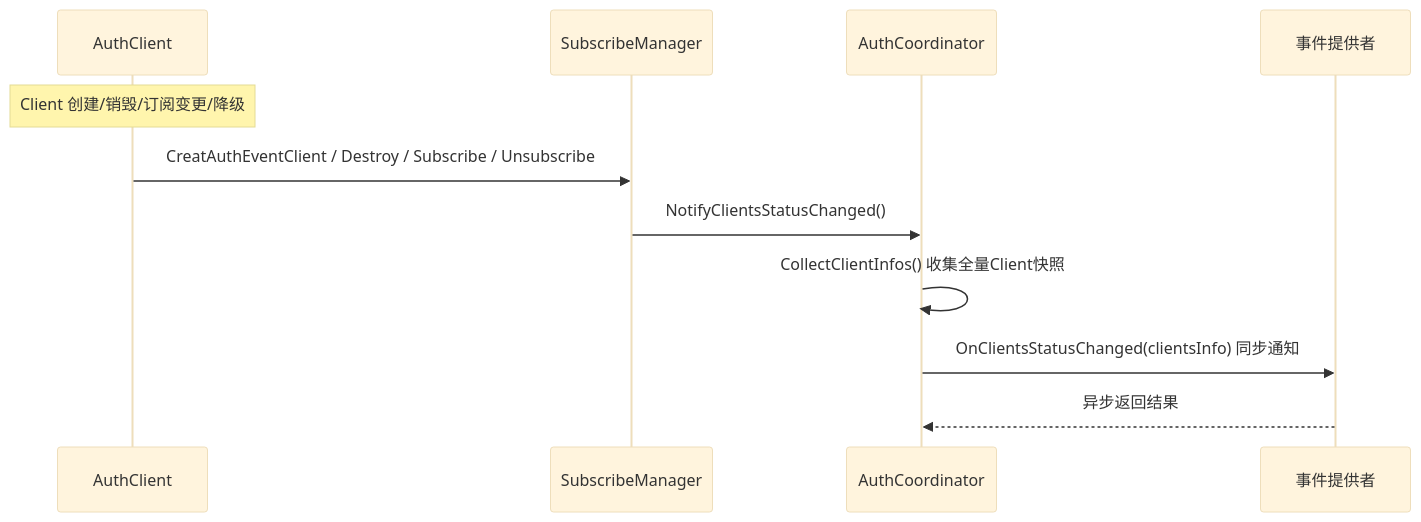
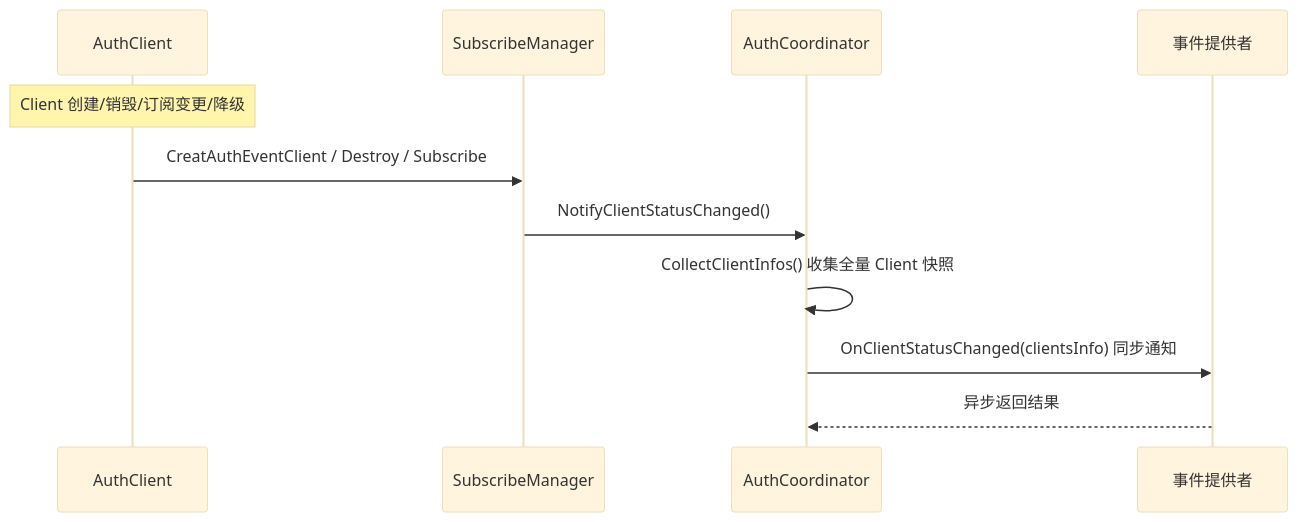
The ninth of 10 diagrams in .sdd/SR-20260806903302/design-doc.md (eclipse-oniro-mirrors/security_security_guard), drawn with Mermaid (base theme) before and after one commit. The commit also changed other lines of this file and 50 other files, not shown here.

````diff
--- a/.sdd/SR-20260806903302/design-doc.md
+++ b/.sdd/SR-20260806903302/design-doc.md
@@ -327,16 +367,16 @@
 ```mermaid
 sequenceDiagram
     participant C as AuthClient
     participant SM as SubscribeManager
     participant AC as AuthCoordinator
     participant P as 事件提供者
 
     Note over C: Client 创建/销毁/订阅变更/降级
 
-    C->>SM: CreatAuthEventClient / Destroy / Subscribe / Unsubscribe
-    SM->>AC: NotifyClientsStatusChanged()
-    AC->>AC: CollectClientInfos() 收集全量Client快照
+    C->>SM: CreatAuthEventClient / Destroy / Subscribe
+    SM->>AC: NotifyClientStatusChanged()
+    AC->>AC: CollectClientInfos() 收集全量 Client 快照
 
-    AC->>P: OnClientsStatusChanged(clientsInfo) 同步通知
+    AC->>P: OnClientStatusChanged(clientsInfo) 同步通知
     P-->>AC: 异步返回结果
 ```
````
